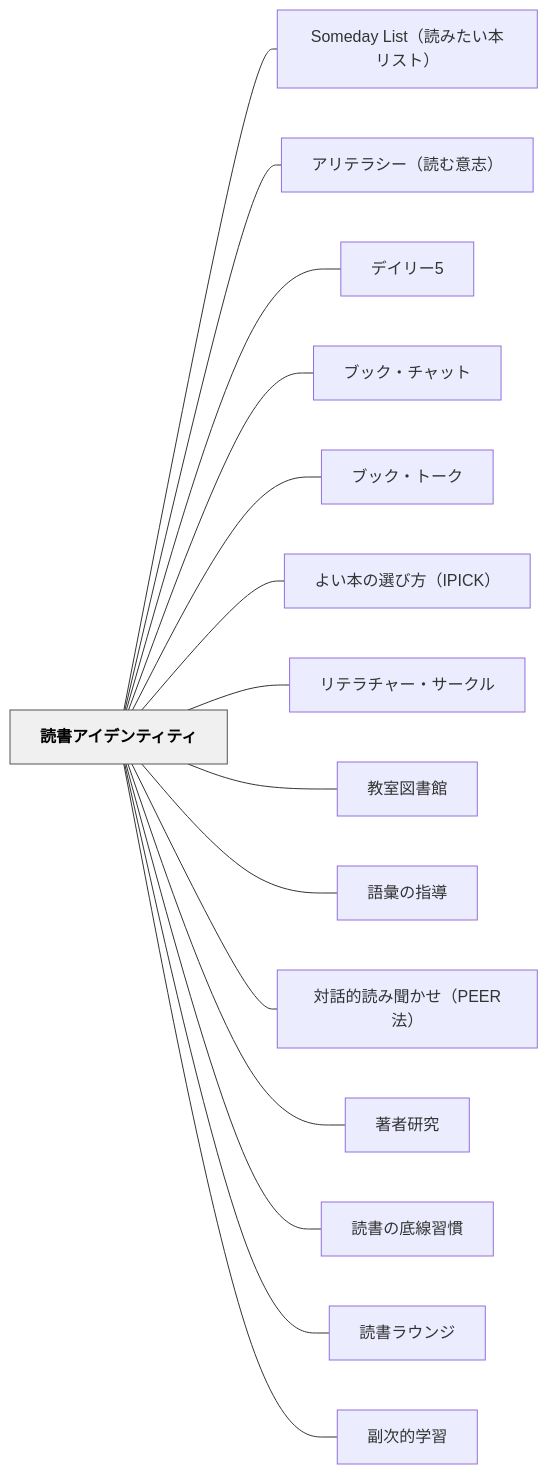
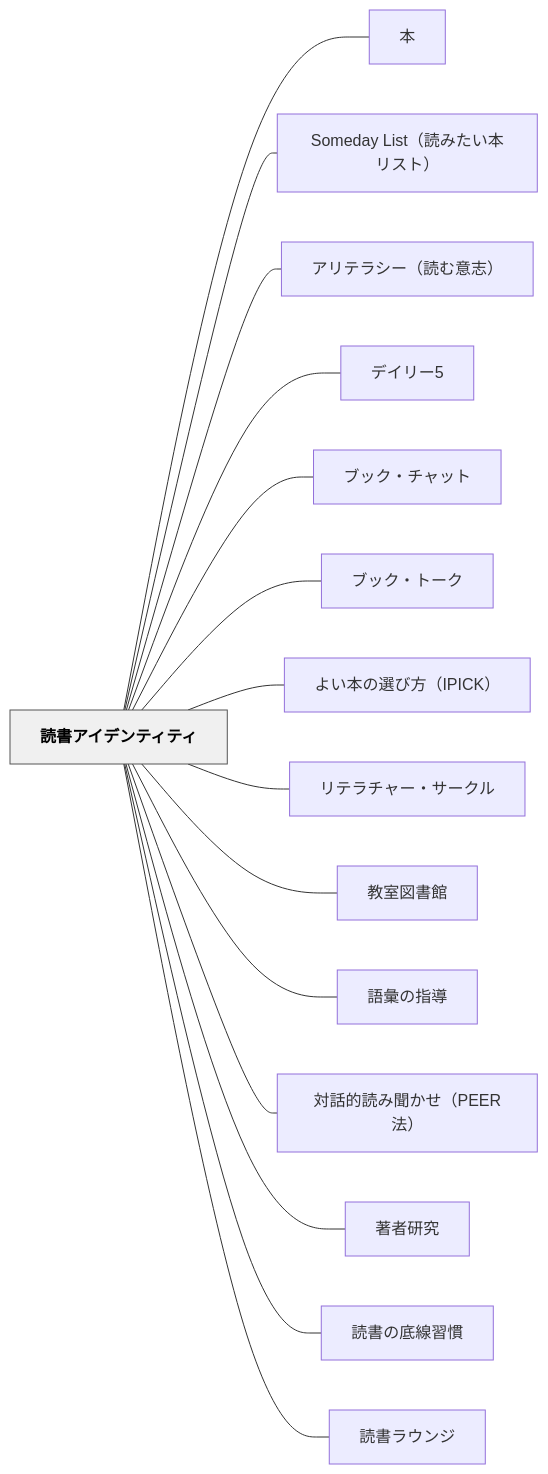
Before and after one commit to unknownthings-ed-patterns/unknownthings-ed-patterns: the diagram in content/パタン/読書アイデンティティ.md, drawn with Mermaid. The commit also changed other lines of this file and 36 other files, not shown here.

````diff
--- a/content/パタン/読書アイデンティティ.md
+++ b/content/パタン/読書アイデンティティ.md
@@ -222,36 +223,36 @@
 ```mermaid
 flowchart LR
     ne8aaade69bb8e382a2e382a4e38387e383b3e38386e382a3e38386e382a3["読書アイデンティティ"]
+    ne69cac["本"]
     n536f6d65646179204c697374efbc88e8aaade381bfe3819fe38184e69cace383aae382b9e38388efbc89["Someday List（読みたい本リスト）"]
     ne382a2e383aae38386e383a9e382b7e383bcefbc88e8aaade38280e6848fe5bf97efbc89["アリテラシー（読む意志）"]
     ne38387e382a4e383aae383bc35["デイリー5"]
     ne38396e38383e382afe383bbe38381e383a3e38383e38388["ブック・チャット"]
     ne38396e38383e382afe383bbe38388e383bce382af["ブック・トーク"]
     ne38288e38184e69cace381aee981b8e381b3e696b9efbc88495049434befbc89["よい本の選び方（IPICK）"]
     ne383aae38386e383a9e38381e383a3e383bce383bbe382b5e383bce382afe383ab["リテラチャー・サークル"]
     ne69599e5aea4e59bb3e69bb8e9a4a8["教室図書館"]
     ne8aa9ee5bd99e381aee68c87e5b08e["語彙の指導"]
     ne5afbee8a9b1e79a84e8aaade381bfe8819ee3818be3819befbc8850454552e6b395efbc89["対話的読み聞かせ（PEER法）"]
     ne89197e88085e7a094e7a9b6["著者研究"]
     ne8aaade69bb8e381aee5ba95e7b79ae7bf92e685a3["読書の底線習慣"]
     ne8aaade69bb8e383a9e382a6e383b3e382b8["読書ラウンジ"]
-    ne589afe6aca1e79a84e5ada6e7bf92["副次的学習"]
 
+    ne8aaade69bb8e382a2e382a4e38387e383b3e38386e382a3e38386e382a3 --- ne69cac
     ne8aaade69bb8e382a2e382a4e38387e383b3e38386e382a3e38386e382a3 --- n536f6d65646179204c697374efbc88e8aaade381bfe3819fe38184e69cace383aae382b9e38388efbc89
     ne8aaade69bb8e382a2e382a4e38387e383b3e38386e382a3e38386e382a3 --- ne382a2e383aae38386e383a9e382b7e383bcefbc88e8aaade38280e6848fe5bf97efbc89
     ne8aaade69bb8e382a2e382a4e38387e383b3e38386e382a3e38386e382a3 --- ne38387e382a4e383aae383bc35
     ne8aaade69bb8e382a2e382a4e38387e383b3e38386e382a3e38386e382a3 --- ne38396e38383e382afe383bbe38381e383a3e38383e38388
     ne8aaade69bb8e382a2e382a4e38387e383b3e38386e382a3e38386e382a3 --- ne38396e38383e382afe383bbe38388e383bce382af
     ne8aaade69bb8e382a2e382a4e38387e383b3e38386e382a3e38386e382a3 --- ne38288e38184e69cace381aee981b8e381b3e696b9efbc88495049434befbc89
     ne8aaade69bb8e382a2e382a4e38387e383b3e38386e382a3e38386e382a3 --- ne383aae38386e383a9e38381e383a3e383bce383bbe382b5e383bce382afe383ab
     ne8aaade69bb8e382a2e382a4e38387e383b3e38386e382a3e38386e382a3 --- ne69599e5aea4e59bb3e69bb8e9a4a8
     ne8aaade69bb8e382a2e382a4e38387e383b3e38386e382a3e38386e382a3 --- ne8aa9ee5bd99e381aee68c87e5b08e
     ne8aaade69bb8e382a2e382a4e38387e383b3e38386e382a3e38386e382a3 --- ne5afbee8a9b1e79a84e8aaade381bfe8819ee3818be3819befbc8850454552e6b395efbc89
     ne8aaade69bb8e382a2e382a4e38387e383b3e38386e382a3e38386e382a3 --- ne89197e88085e7a094e7a9b6
     ne8aaade69bb8e382a2e382a4e38387e383b3e38386e382a3e38386e382a3 --- ne8aaade69bb8e381aee5ba95e7b79ae7bf92e685a3
     ne8aaade69bb8e382a2e382a4e38387e383b3e38386e382a3e38386e382a3 --- ne8aaade69bb8e383a9e382a6e383b3e382b8
-    ne8aaade69bb8e382a2e382a4e38387e383b3e38386e382a3e38386e382a3 --- ne589afe6aca1e79a84e5ada6e7bf92
 
     classDef hub fill:#f0f0f0,stroke:#555,color:#000,font-weight:bold
     class ne8aaade69bb8e382a2e382a4e38387e383b3e38386e382a3e38386e382a3 hub
 ```
````
